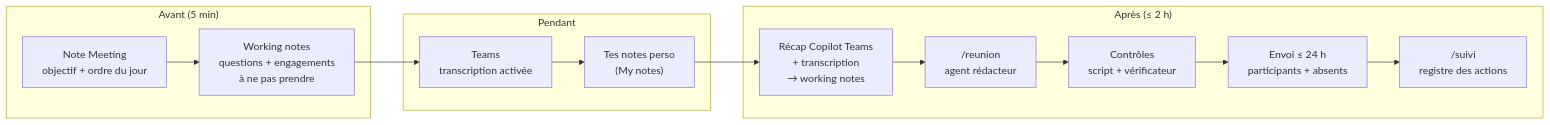
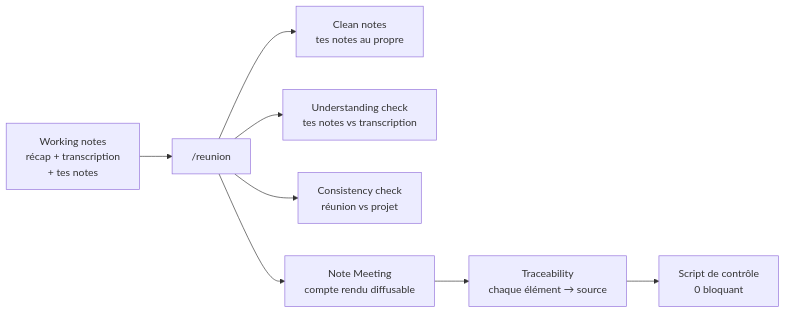
One commit to krl91/copilot_arch_sol changed the diagram in WORKFLOWS.md. Above: the diagram before and after it, drawn with Mermaid. The commit also changed other lines of this file and 4 other files, not shown here.

````diff
--- a/WORKFLOWS.md
+++ b/WORKFLOWS.md
@@ -10,19 +37,10 @@
 ```mermaid
 flowchart LR
-    subgraph AVANT["Avant (5 min)"]
-        P1["Note Meeting<br/>objectif + ordre du jour"]
-        P2["Working notes<br/>questions + engagements<br/>à ne pas prendre"]
-    end
-    subgraph PENDANT["Pendant"]
-        T1["Teams<br/>transcription activée"]
-        N1["Tes notes perso<br/>(My notes)"]
-    end
-    subgraph APRES["Après (≤ 2 h)"]
-        C1["Récap Copilot Teams<br/>+ transcription<br/>→ working notes"]
-        R1["/reunion<br/>agent rédacteur"]
-        V1["Contrôles<br/>script + vérificateur"]
-        D1["Envoi ≤ 24 h<br/>participants + absents"]
-        S1["/suivi<br/>registre des actions"]
-    end
-    P1 --> P2 --> T1 --> N1 --> C1 --> R1 --> V1 --> D1 --> S1
+    W["Working notes<br/>récap + transcription<br/>+ tes notes"] --> R["/reunion"]
+    R --> C1["Clean notes<br/>tes notes au propre"]
+    R --> C2["Understanding check<br/>tes notes vs transcription"]
+    R --> C3["Consistency check<br/>réunion vs projet"]
+    R --> M["Note Meeting<br/>compte rendu diffusable"]
+    M --> T["Traceability<br/>chaque élément → source"]
+    T --> S["Script de contrôle<br/>0 bloquant"]
 ```
````
